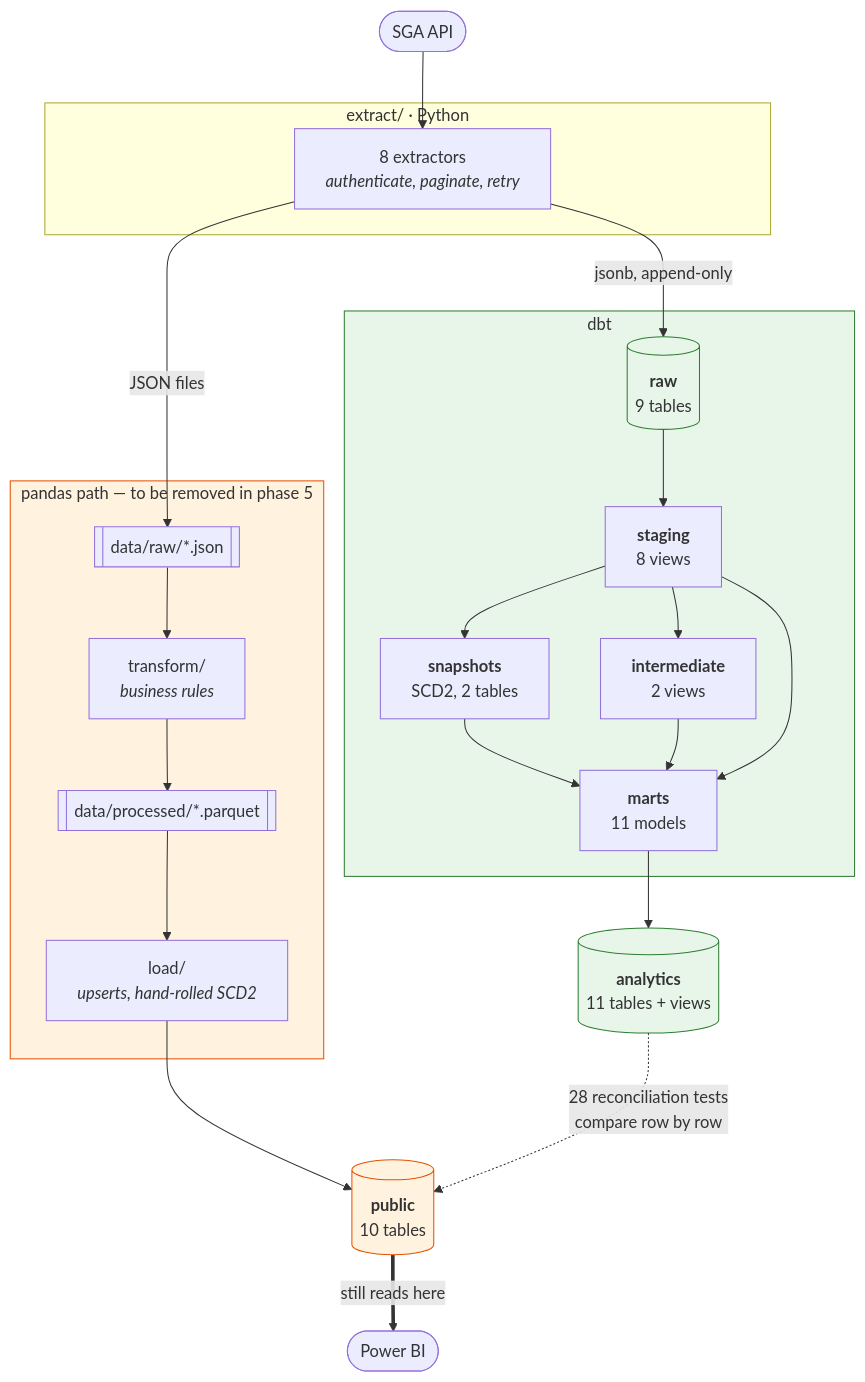
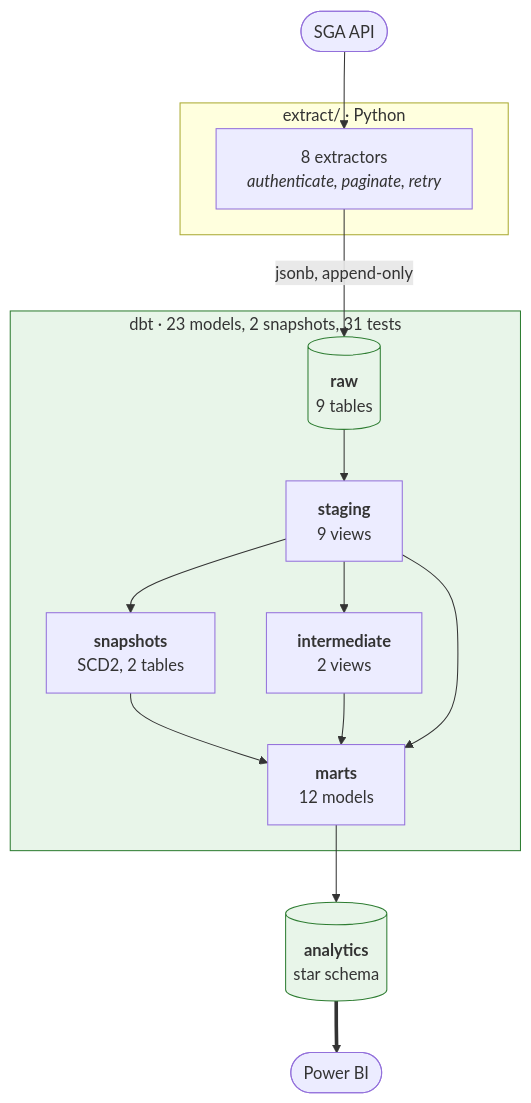
The first of 5 diagrams in static/architecture.md (AntonioAugustoF/sga-api-pipeline), drawn with Mermaid before and after one commit. The commit also changed other lines of this file and 78 other files, not shown here.

````diff
--- a/static/architecture.md
+++ b/static/architecture.md
@@ -12,39 +12,26 @@
 ```mermaid
 flowchart TB
     API(["SGA API"])
 
     subgraph EXTRACT["extract/ · Python"]
         EX["8 extractors<br/><i>authenticate, paginate, retry</i>"]
     end
 
     API --> EX
-    EX -->|"JSON files"| FILES[["data/raw/*.json"]]
     EX -->|"jsonb, append-only"| RAW[("<b>raw</b><br/>9 tables")]
 
-    subgraph OLD["pandas path — to be removed in phase 5"]
-        FILES --> TR["transform/<br/><i>business rules</i>"]
-        TR --> PARQ[["data/processed/*.parquet"]]
-        PARQ --> LD["load/<br/><i>upserts, hand-rolled SCD2</i>"]
-    end
-
-    LD --> PUB[("<b>public</b><br/>10 tables")]
-
-    subgraph NEW["dbt"]
-        RAW --> STG["<b>staging</b><br/>8 views"]
+    subgraph NEW["dbt · 23 models, 2 snapshots, 31 tests"]
+        RAW --> STG["<b>staging</b><br/>9 views"]
         STG --> SNP["<b>snapshots</b><br/>SCD2, 2 tables"]
         STG --> INT["<b>intermediate</b><br/>2 views"]
-        SNP --> MRT["<b>marts</b><br/>11 models"]
+        SNP --> MRT["<b>marts</b><br/>12 models"]
         INT --> MRT
         STG --> MRT
     end
 
-    MRT --> ANA[("<b>analytics</b><br/>11 tables + views")]
+    MRT --> ANA[("<b>analytics</b><br/>star schema")]
+    ANA ==> BI(["Power BI"])
 
-    ANA -.->|"28 reconciliation tests<br/>compare row by row"| PUB
-    PUB ==>|"still reads here"| BI(["Power BI"])
-
-    classDef old fill:#fff3e0,stroke:#e65100
     classDef new fill:#e8f5e9,stroke:#2e7d32
-    class OLD,PUB old
     class NEW,ANA,RAW new
 ```
````
